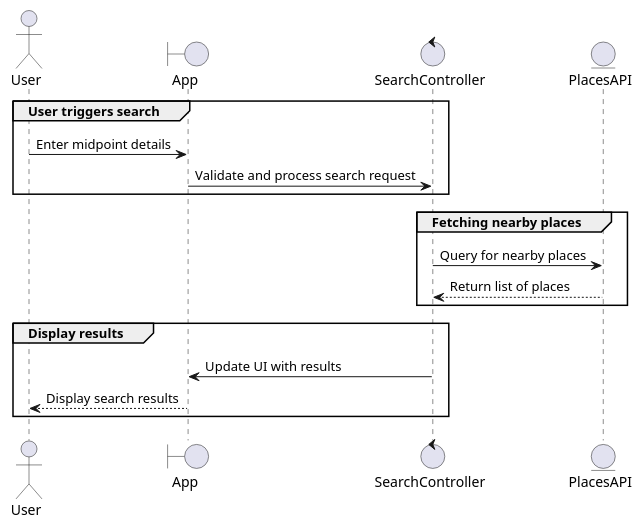
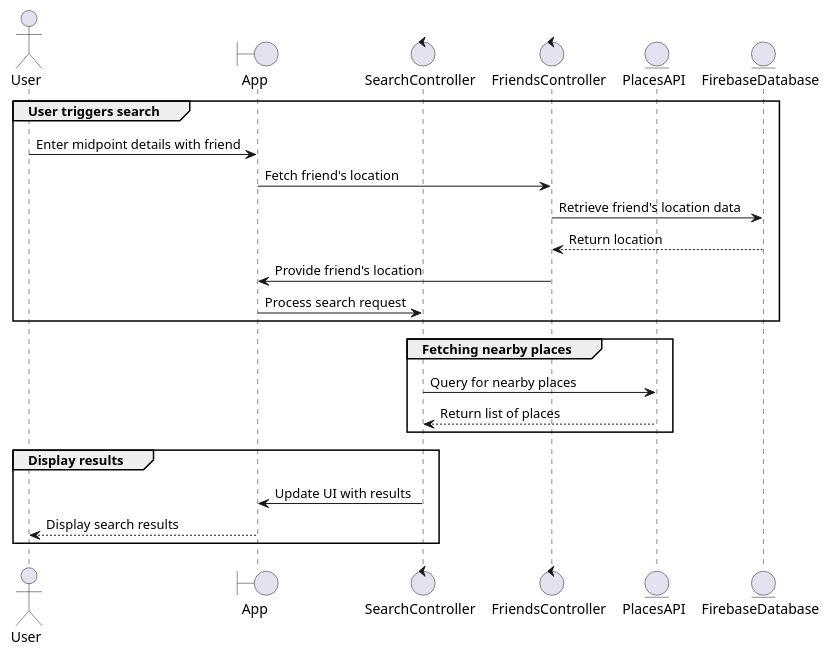
Before and after one commit to DanielVAppel/CS5800_Final: the third of 3 diagrams in src/org/CS5800/SequenceDiagram/SequenceDiagrams.puml, drawn with PlantUML. The commit also changed other lines of this file and 3 other files, not shown here.

First line of the commit message:
Updated Sequence and Activity Diagrams in Progress

```diff
--- a/src/org/CS5800/SequenceDiagram/SequenceDiagrams.puml
+++ b/src/org/CS5800/SequenceDiagram/SequenceDiagrams.puml
@@ -28,24 +57,31 @@
 @startuml
 
 !pragma teoz true
 
 actor User
 boundary App
 control SearchController
+control FriendsController
 entity PlacesAPI
+entity FirebaseDatabase
 
 group User triggers search
-    User -> App : Enter midpoint details
-    App -> SearchController : Validate and process search request
+    User -> App : Enter midpoint details with friend
+    App -> FriendsController : Fetch friend's location
+    FriendsController -> FirebaseDatabase : Retrieve friend's location data
+    FirebaseDatabase --> FriendsController : Return location
+    FriendsController -> App : Provide friend's location
+    App -> SearchController : Process search request
 end
+
 group Fetching nearby places
     SearchController -> PlacesAPI : Query for nearby places
     PlacesAPI --> SearchController : Return list of places
 end
 
 group Display results
     SearchController -> App : Update UI with results
     App --> User : Display search results
 end
 
 @enduml
```
